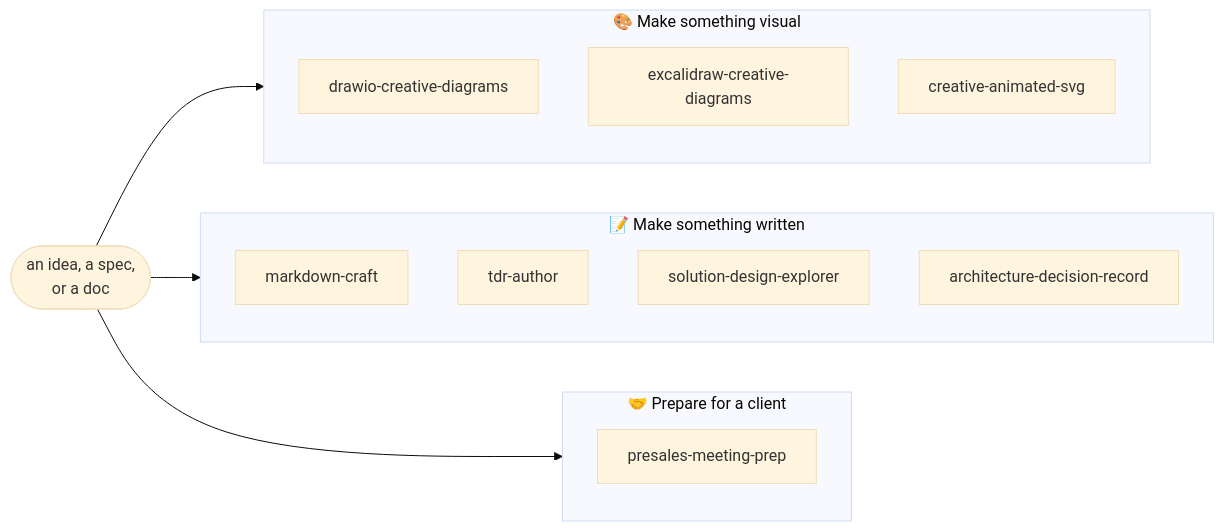
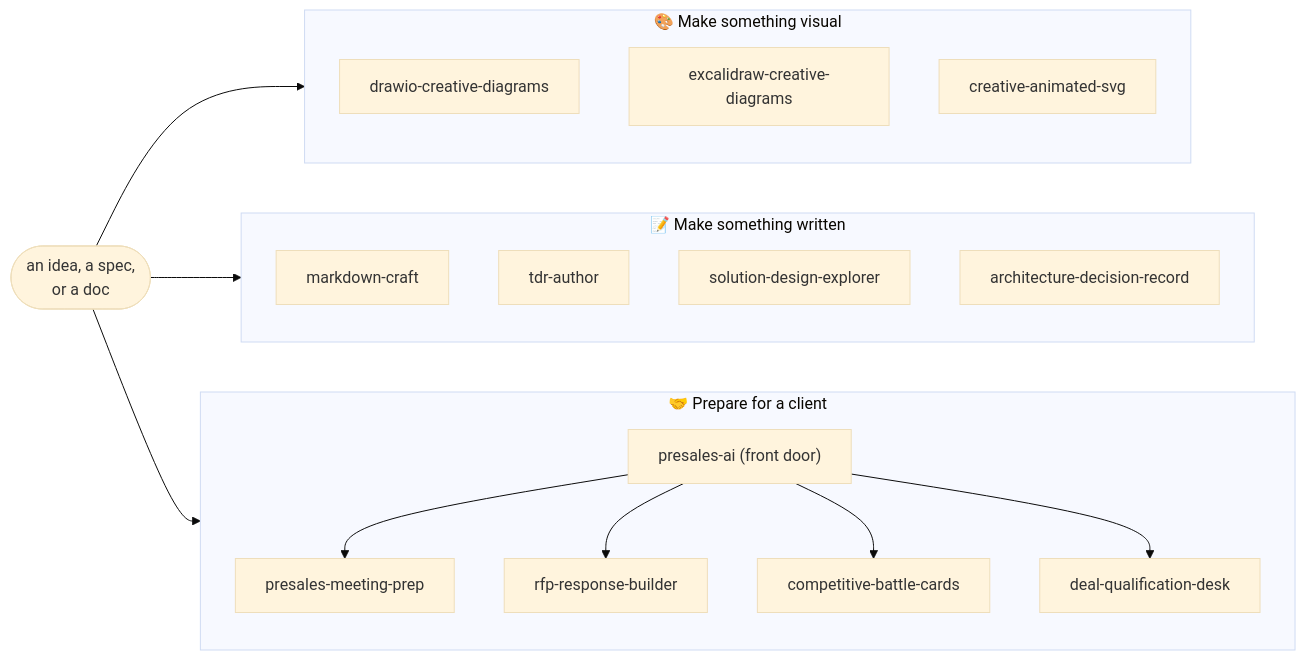
Before and after one commit to vinayagrw/claude-skills: the first of 3 diagrams in README.md, drawn with Mermaid (base theme). The commit also changed other lines of this file and 26 other files, not shown here.

First line of the commit message:
Add presales AI suite: presales-ai router plus RFP, battle card and qualification skills

````diff
--- a/README.md
+++ b/README.md
@@ -32,20 +32,23 @@
 ```mermaid
 flowchart LR
     subgraph Visuals["🎨 Make something visual"]
         A["drawio-creative-diagrams"]
         B["excalidraw-creative-diagrams"]
         C["creative-animated-svg"]
     end
     subgraph Docs["📝 Make something written"]
         D["markdown-craft"]
         E["tdr-author"]
         H["solution-design-explorer"]
         F["architecture-decision-record"]
     end
     subgraph Sales["🤝 Prepare for a client"]
-        G["presales-meeting-prep"]
+        PA["presales-ai (front door)"] --> G["presales-meeting-prep"]
+        PA --> RB["rfp-response-builder"]
+        PA --> BC["competitive-battle-cards"]
+        PA --> DQ["deal-qualification-desk"]
     end
     idea(["an idea, a spec,<br/>or a doc"]) --> Visuals
     idea --> Docs
     idea --> Sales
 ```
````
